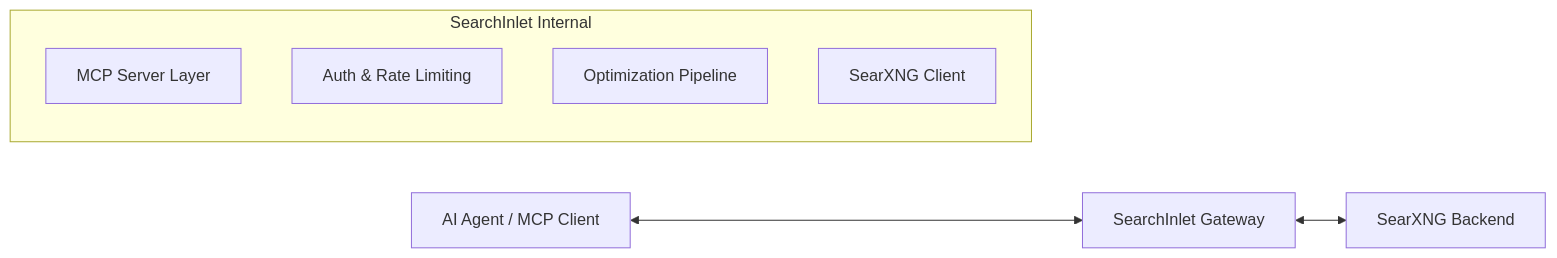
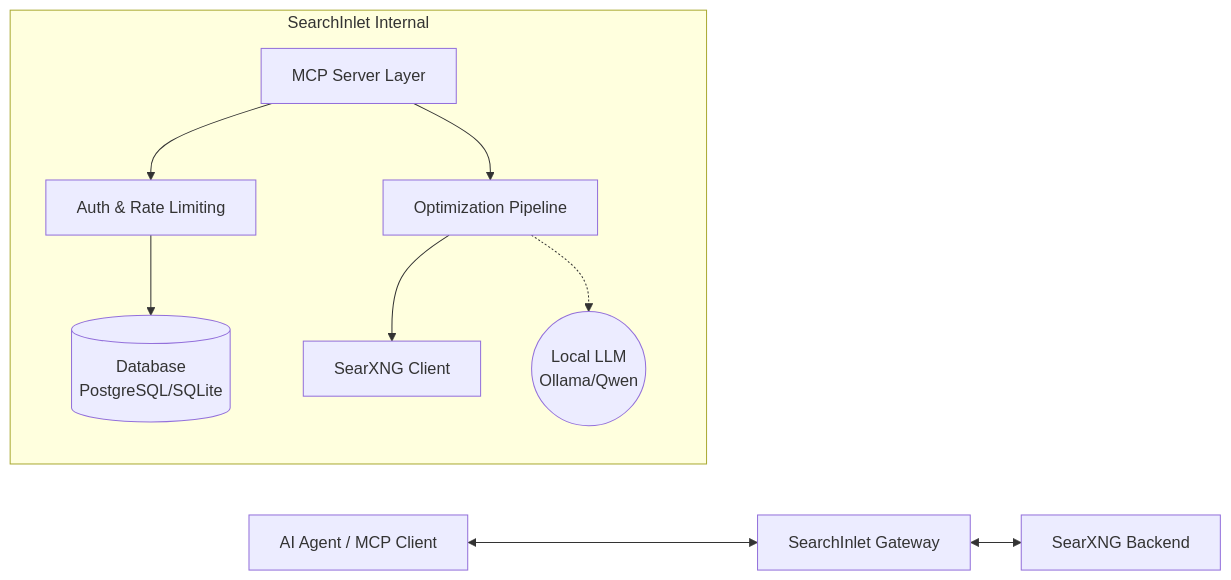
The diagram in docs/Architecture.md (webdunesurfer/SearchInlet), drawn with Mermaid before and after one commit. The commit also changed 2 other files, not shown here.

Commit message:
Added ADR for LLM Distillation strategy and updated architecture diagrams

````diff
--- a/docs/Architecture.md
+++ b/docs/Architecture.md
@@ -11,12 +11,20 @@
 ```mermaid
 graph LR
     Agent[AI Agent / MCP Client] <--> SI[SearchInlet Gateway]
     SI <--> SX[SearXNG Backend]
     
     subgraph "SearchInlet Internal"
         SI_MCP[MCP Server Layer]
         SI_Auth[Auth & Rate Limiting]
         SI_Proc[Optimization Pipeline]
         SI_Client[SearXNG Client]
+        SI_DB[(Database<br>PostgreSQL/SQLite)]
+        SI_LLM((Local LLM<br>Ollama/Qwen))
+        
+        SI_MCP --> SI_Auth
+        SI_Auth --> SI_DB
+        SI_MCP --> SI_Proc
+        SI_Proc --> SI_Client
+        SI_Proc -.-> SI_LLM
     end
 ```
````
